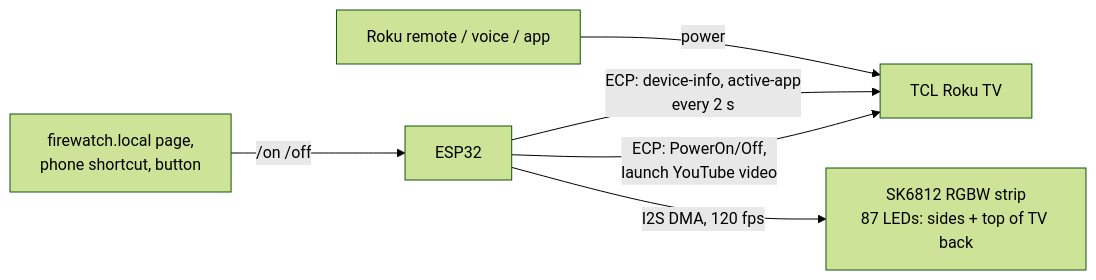
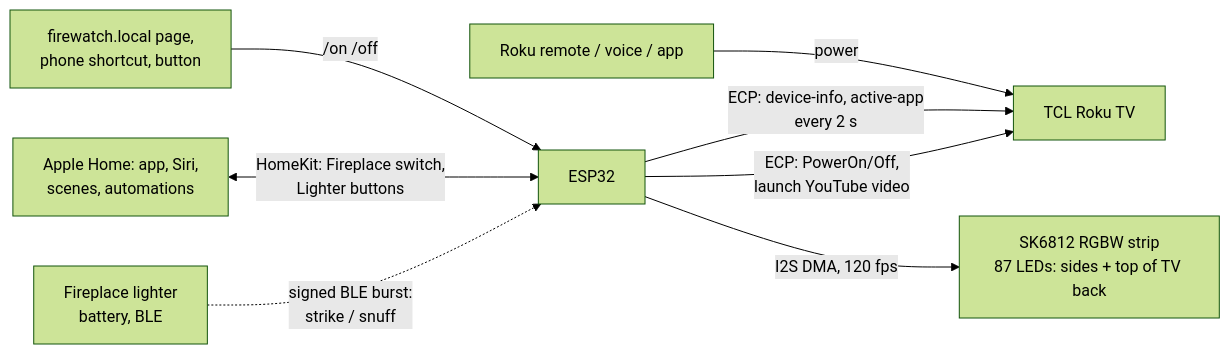
The diagram in README.md (micahflock/Firewatch), drawn with Mermaid (forest theme) before and after one commit. The commit also changed other lines of this file and 15 other files, not shown here.

First line of the commit message:
Add Apple Home (HomeSpan) and the Skeumo fireplace lighter

````diff
--- a/README.md
+++ b/README.md
@@ -11,8 +11,10 @@
 ```mermaid
 flowchart LR
   R[Roku remote / voice / app] -->|power| TV[TCL Roku TV]
   W[firewatch.local page,<br>phone shortcut, button] -->|/on /off| E
+  H[Apple Home: app, Siri,<br>scenes, automations] <-->|HomeKit: Fireplace switch,<br>Lighter buttons| E
+  Z[Fireplace lighter<br>battery, BLE] -.->|signed BLE burst:<br>strike / snuff| E
   E[ESP32] -->|ECP: device-info, active-app<br>every 2 s| TV
   E -->|ECP: PowerOn/Off,<br>launch YouTube video| TV
   E -->|I2S DMA, 120 fps| L[SK6812 RGBW strip<br>87 LEDs: sides + top of TV back]
 ```
````
